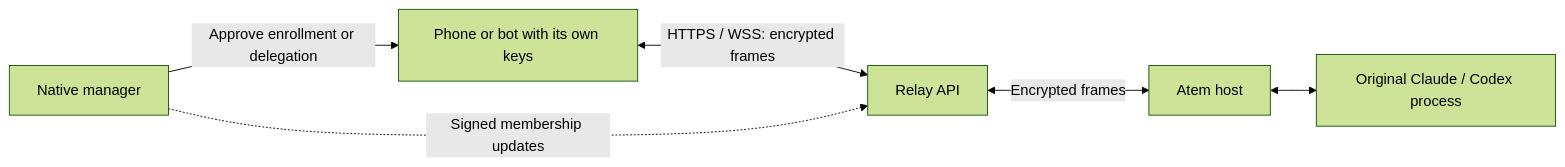
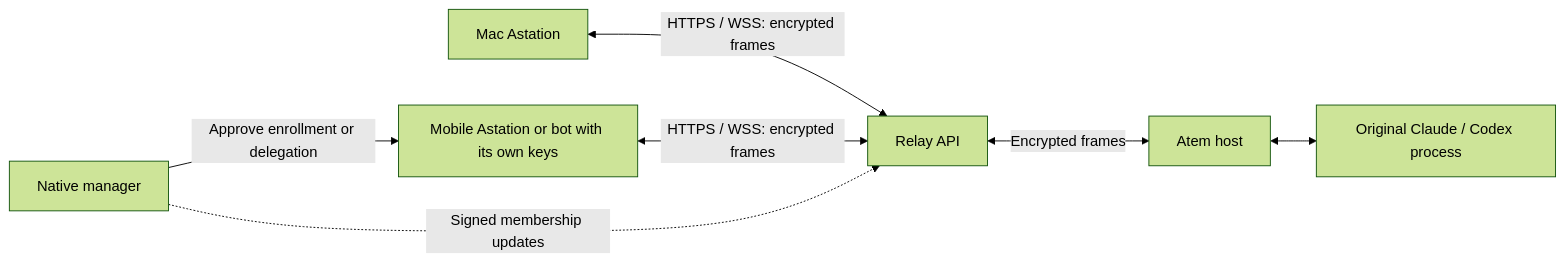
The diagram in designs/protocol/remote-agent-api.md (Agora-Build/Astation), drawn with Mermaid (forest theme) before and after one commit. The commit also changed other lines of this file and 1 other file, not shown here.

First line of the commit message:
docs: clarify independent concurrent mobile Astation access

````diff
--- a/designs/protocol/remote-agent-api.md
+++ b/designs/protocol/remote-agent-api.md
@@ -31,8 +34,9 @@
 ```mermaid
 flowchart LR
-    N[Native manager] -->|Approve enrollment or delegation| C[Phone or bot with its own keys]
+    N[Native manager] -->|Approve enrollment or delegation| C[Mobile Astation or bot with its own keys]
+    M[Mac Astation] <-->|HTTPS / WSS: encrypted frames| R[Relay API]
     C <-->|HTTPS / WSS: encrypted frames| R[Relay API]
     R <-->|Encrypted frames| H[Atem host]
     H <--> A[Original Claude / Codex process]
     N -.->|Signed membership updates| R
 ```
````
